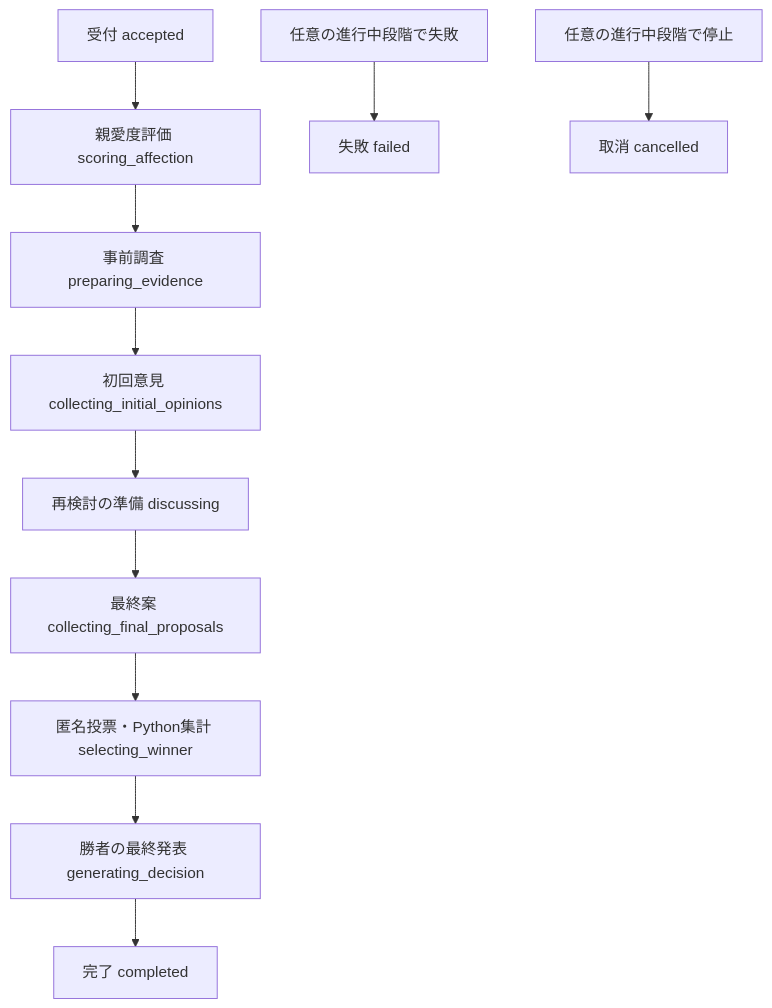
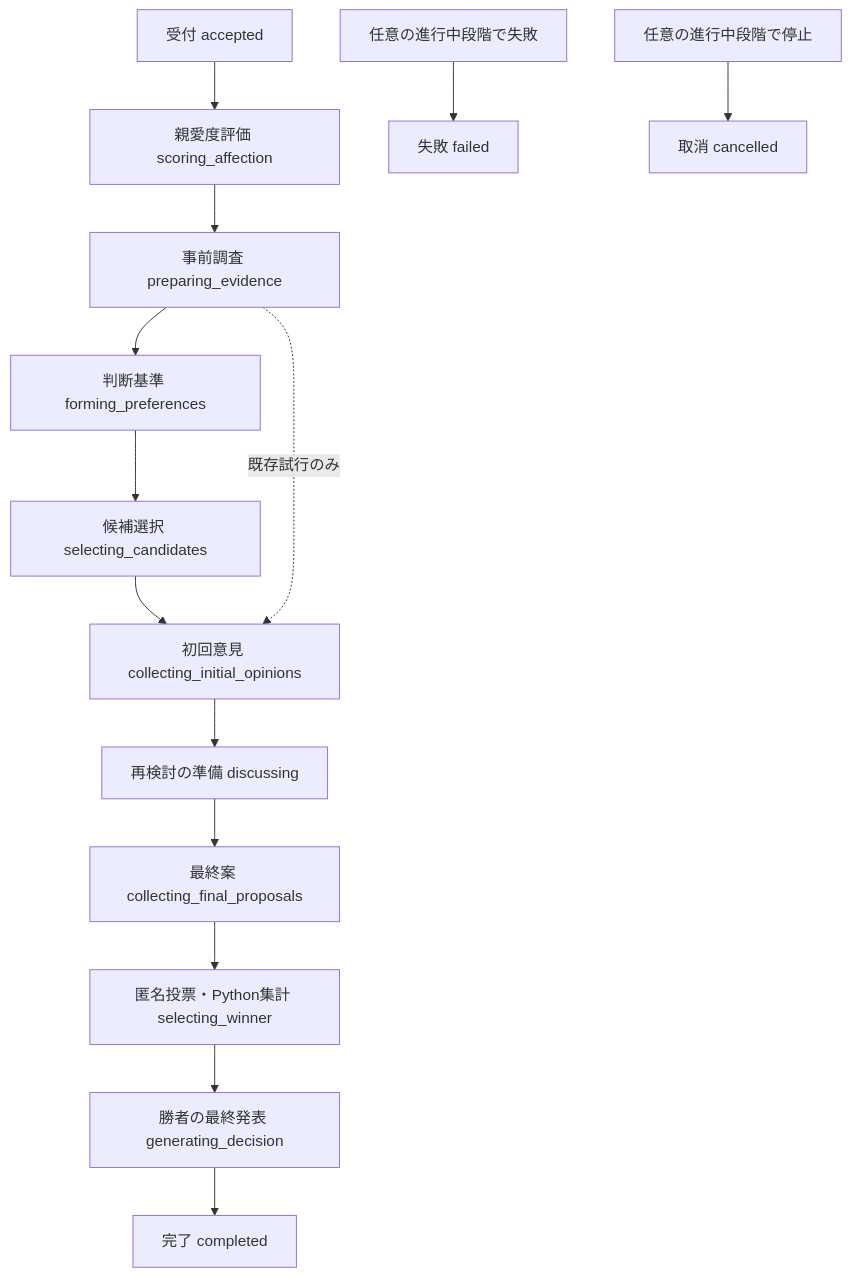
One commit to pitekusu/shittim-chest changed the second of 3 diagrams in docs/10_アプリケーション・Python詳細設計.md. Above: the diagram before and after it, drawn with Mermaid. The commit also changed other lines of this file and 104 other files, not shown here.

````diff
--- a/docs/10_アプリケーション・Python詳細設計.md
+++ b/docs/10_アプリケーション・Python詳細設計.md
@@ -60,13 +60,16 @@
 ```mermaid
 flowchart TD
     Accepted[受付 accepted] --> Affection[親愛度評価 scoring_affection]
     Affection --> Evidence[事前調査 preparing_evidence]
-    Evidence --> Initial[初回意見 collecting_initial_opinions]
+    Evidence --> Preferences[判断基準 forming_preferences]
+    Preferences --> Candidates[候補選択 selecting_candidates]
+    Candidates --> Initial[初回意見 collecting_initial_opinions]
+    Evidence -. 既存試行のみ .-> Initial
     Initial --> Discuss[再検討の準備 discussing]
     Discuss --> Final[最終案 collecting_final_proposals]
     Final --> Vote[匿名投票・Python集計 selecting_winner]
     Vote --> Decision[勝者の最終発表 generating_decision]
     Decision --> Completed[完了 completed]
     Error[任意の進行中段階で失敗] --> Failed[失敗 failed]
     Stop[任意の進行中段階で停止] --> Cancelled[取消 cancelled]
 ```
````
